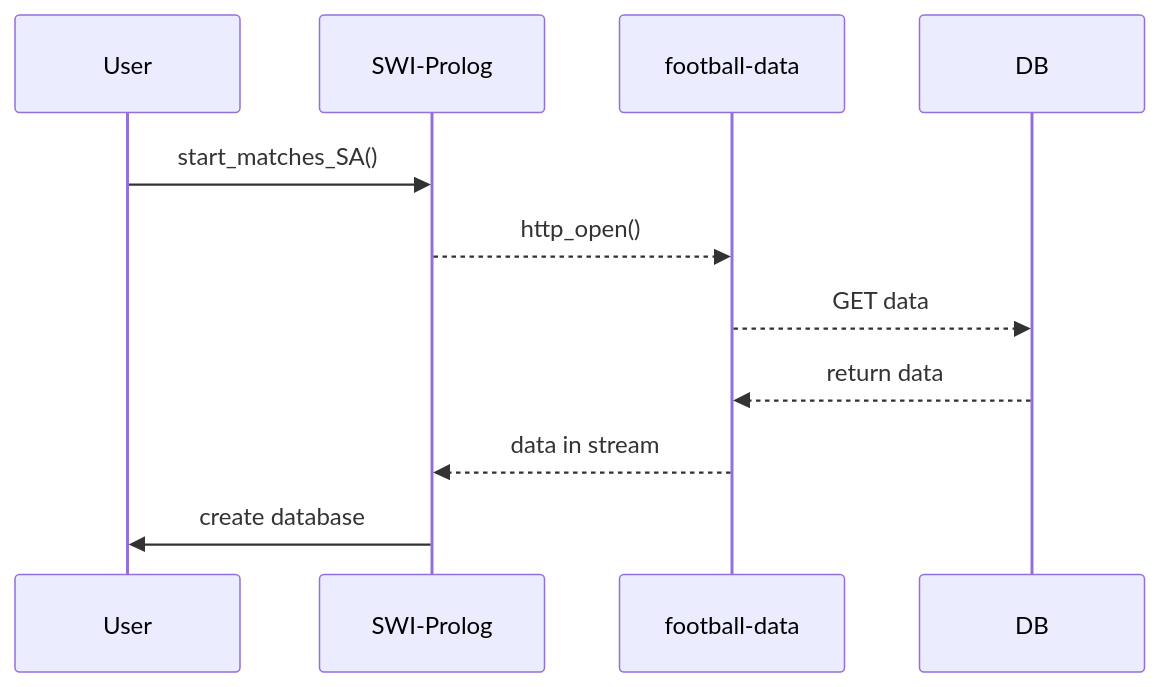
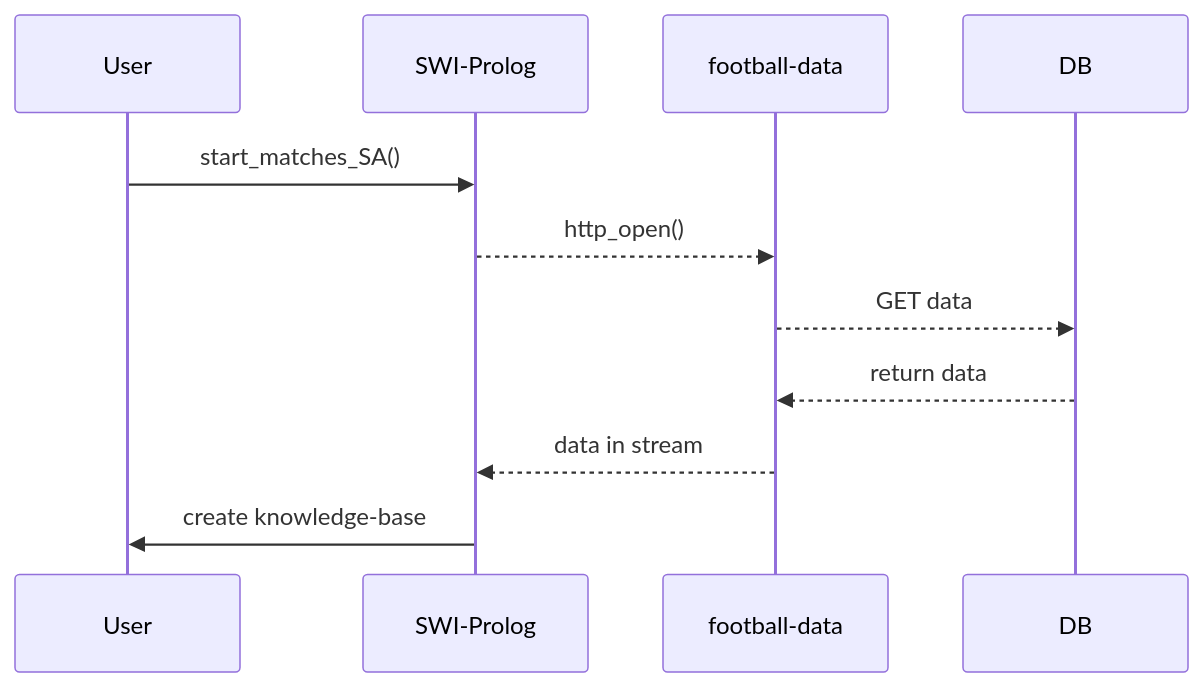
Before and after one commit to LorenzoLongarini/BetTactics: the diagram in README.md, drawn with Mermaid. The commit also changed other lines of this file and 3 other files, not shown here.

````diff
--- a/README.md
+++ b/README.md
@@ -58,11 +59,11 @@
 ```mermaid
 sequenceDiagram
 	
 
 	User->> SWI-Prolog: start_matches_SA()
 	SWI-Prolog-->>football-data: http_open()
 	football-data-->> DB: GET data
 	DB-->> football-data: return data
 	football-data-->>SWI-Prolog: data in stream
-	SWI-Prolog->>User: create database
+	SWI-Prolog->>User: create knowledge-base
 ```
````
